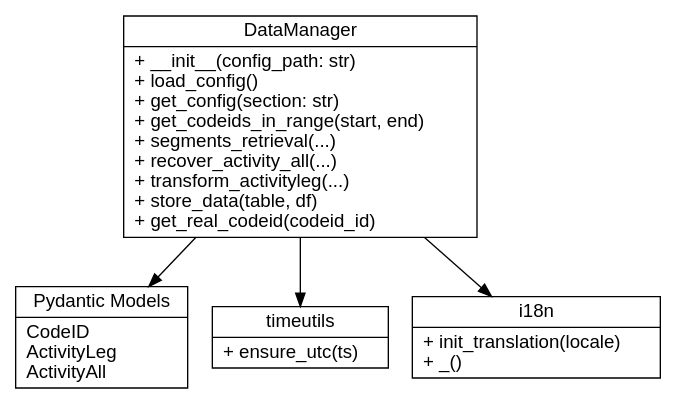
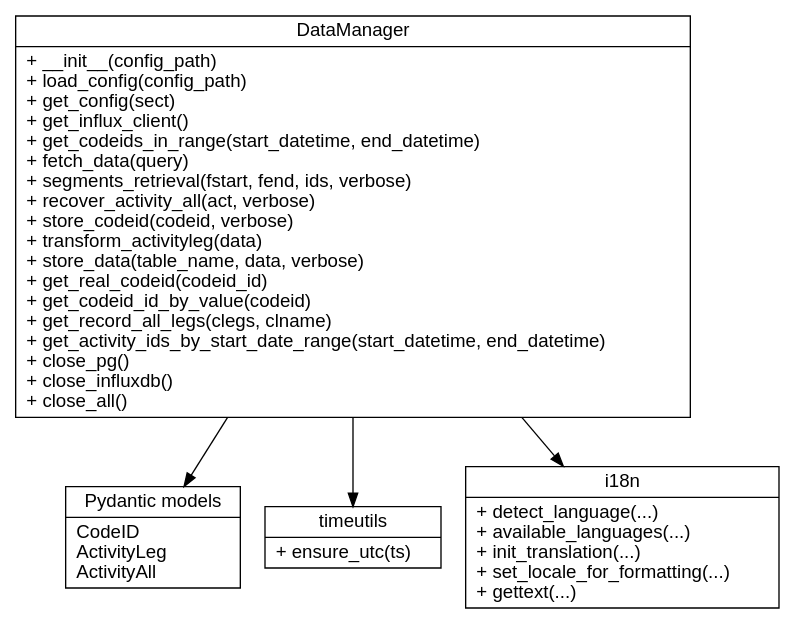
The diagram in docs/msTools.rst (MultipleSclerosisMonitoring/DPC_2024), drawn with Graphviz before and after one commit. The commit also changed other lines of this file and 35 other files, not shown here.

```diff
--- a/docs/msTools.rst
+++ b/docs/msTools.rst
@@ -9,49 +12,53 @@
 .. graphviz::
-  :caption: DataManager Class Overview
-  :align: center
+   :caption: DataManager and shared utilities
+   :align: center
 
-  digraph class_msTools {
-    rankdir=TB;
-    graph [fontname="Helvetica"];
-    node  [shape=record, fontname="Helvetica"];
-    edge  [fontname="Helvetica"];
+   digraph class_msTools {
+      rankdir=TB;
+      graph [fontname="Helvetica"];
+      node  [shape=record, fontname="Helvetica"];
+      edge  [fontname="Helvetica"];
 
-    DataManager [
-      label="{DataManager|
-        + __init__(config_path: str)\l
-        + load_config()\l
-        + get_config(section: str)\l
-        + get_codeids_in_range(start, end)\l
-        + segments_retrieval(...)\l
-        + recover_activity_all(...)\l
-        + transform_activityleg(...)\l
-        + store_data(table, df)\l
+      DataManager [label="{DataManager|
+        + __init__(config_path)\l
+        + load_config(config_path)\l
+        + get_config(sect)\l
+        + get_influx_client()\l
+        + get_codeids_in_range(start_datetime, end_datetime)\l
+        + fetch_data(query)\l
+        + segments_retrieval(fstart, fend, ids, verbose)\l
+        + recover_activity_all(act, verbose)\l
+        + store_codeid(codeid, verbose)\l
+        + transform_activityleg(data)\l
+        + store_data(table_name, data, verbose)\l
         + get_real_codeid(codeid_id)\l
-      }"
-    ];
+        + get_codeid_id_by_value(codeid)\l
+        + get_record_all_legs(clegs, clname)\l
+        + get_activity_ids_by_start_date_range(start_datetime, end_datetime)\l
+        + close_pg()\l
+        + close_influxdb()\l
+        + close_all()\l
+      }"];
 
-    Models [
-      label="{Pydantic Models|
+      Models [label="{Pydantic models|
         CodeID\l
         ActivityLeg\l
         ActivityAll\l
-      }"
-    ];
+      }"];
 
-    TimeUtils [
-      label="{timeutils|
+      TimeUtils [label="{timeutils|
         + ensure_utc(ts)\l
-      }"
-    ];
+      }"];
 
-    I18n [
-      label="{i18n|
-        + init_translation(locale)\l
-        + _()\l
-      }"
-    ];
+      I18N [label="{i18n|
+        + detect_language(...)\l
+        + available_languages(...)\l
+        + init_translation(...)\l
+        + set_locale_for_formatting(...)\l
+        + gettext(...)\l
+      }"];
 
-    DataManager -> Models;
-    DataManager -> TimeUtils;
-    DataManager -> I18n;
-  }
+      DataManager -> Models;
+      DataManager -> TimeUtils;
+      DataManager -> I18N;
+   }
```
